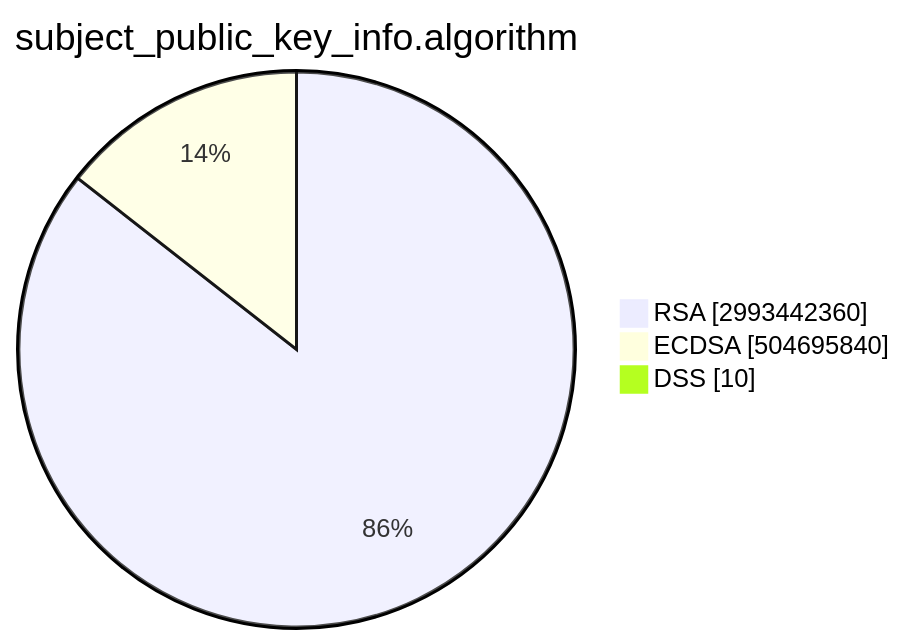
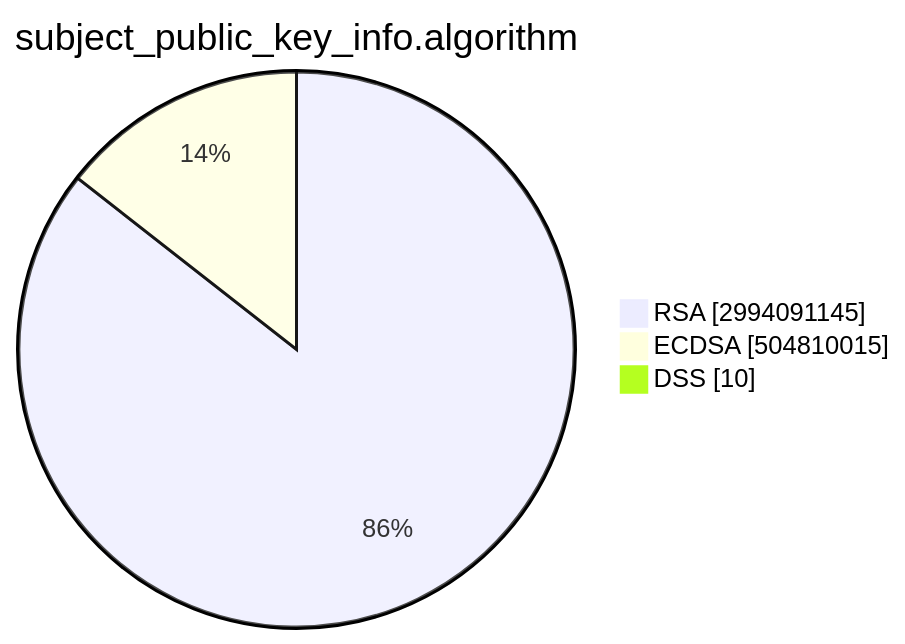
Before and after one commit to christiankrug/ctmonitor_visualization: the second of 15 diagrams in TOTAL/README.md, drawn with Mermaid. The commit also changed other lines of this file, not shown here.

````diff
--- a/TOTAL/README.md
+++ b/TOTAL/README.md
@@ -6,7 +6,7 @@
 ```mermaid
 pie showData
 title subject_public_key_info.algorithm
-"RSA" :2993442360
-"ECDSA" :504695840
+"RSA" :2994091145
+"ECDSA" :504810015
 "DSS" :10
 ```
````
